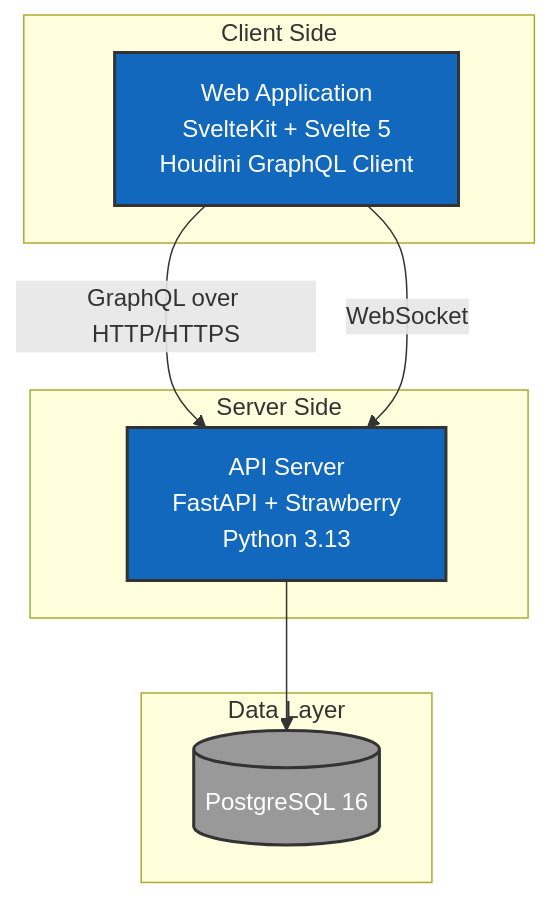
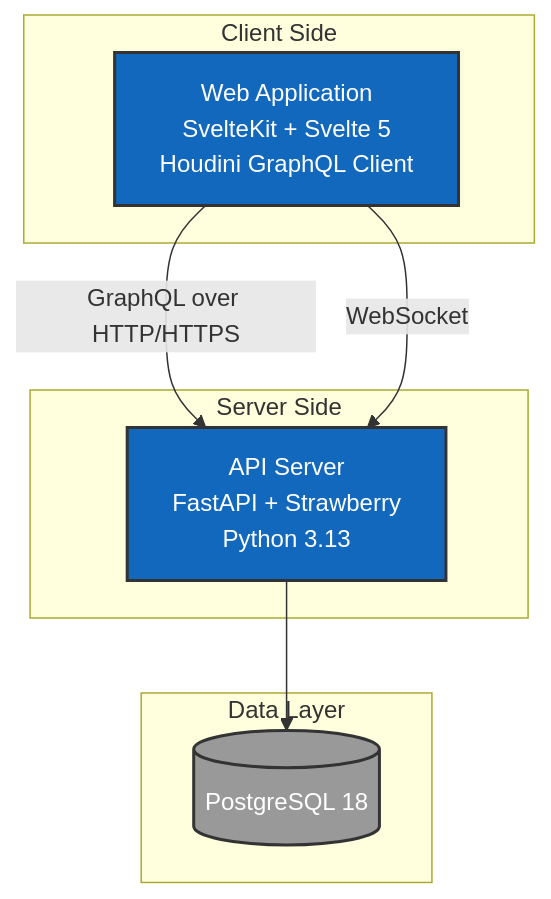
The second of 7 diagrams in docs/architecture.md (twtrubiks/graphql-python-blog), drawn with Mermaid before and after one commit. The commit also changed other lines of this file and 18 other files, not shown here.

First line of the commit message:
fix: 修復多個前端 bug 並升級 PostgreSQL 至 18

````diff
--- a/docs/architecture.md
+++ b/docs/architecture.md
@@ -75,22 +75,22 @@
 ```mermaid
 graph TB
     subgraph "Client Side"
         WebApp[Web Application<br/>SvelteKit + Svelte 5<br/>Houdini GraphQL Client]
     end
 
     subgraph "Server Side"
         API[API Server<br/>FastAPI + Strawberry<br/>Python 3.13]
     end
 
     subgraph "Data Layer"
-        DB[(PostgreSQL 16)]
+        DB[(PostgreSQL 18)]
     end
 
     WebApp -->|GraphQL over HTTP/HTTPS| API
     WebApp -->|WebSocket| API
     API --> DB
 
     style WebApp fill:#1168bd,stroke:#333,stroke-width:2px,color:#fff
     style API fill:#1168bd,stroke:#333,stroke-width:2px,color:#fff
     style DB fill:#999,stroke:#333,stroke-width:2px,color:#fff
 ```
````
